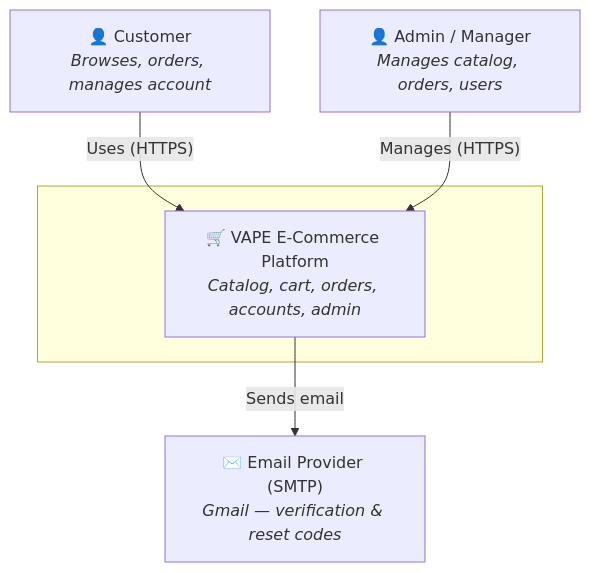
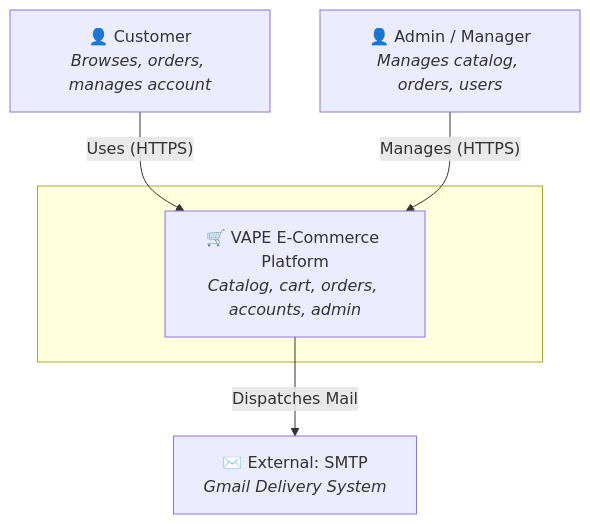
Before and after one commit to Redened/ITStepFinal: the first of 5 diagrams in ARCHITECTURE-C4.md, drawn with Mermaid. The commit also changed other lines of this file and 12 other files, not shown here.

````diff
--- a/ARCHITECTURE-C4.md
+++ b/ARCHITECTURE-C4.md
@@ -16,15 +12,15 @@
 ```mermaid
 graph TD
     customer["👤 Customer<br/><i>Browses, orders, manages account</i>"]
     staff["👤 Admin / Manager<br/><i>Manages catalog, orders, users</i>"]
 
     subgraph vape[" "]
         system["🛒 VAPE E-Commerce Platform<br/><i>Catalog, cart, orders, accounts, admin</i>"]
     end
 
-    smtp["✉️ Email Provider (SMTP)<br/><i>Gmail — verification & reset codes</i>"]
+    smtp["✉️ External: SMTP<br/><i>Gmail Delivery System</i>"]
 
     customer -->|"Uses (HTTPS)"| system
     staff -->|"Manages (HTTPS)"| system
-    system -->|"Sends email"| smtp
+    system -->|"Dispatches Mail"| smtp
 ```
````
